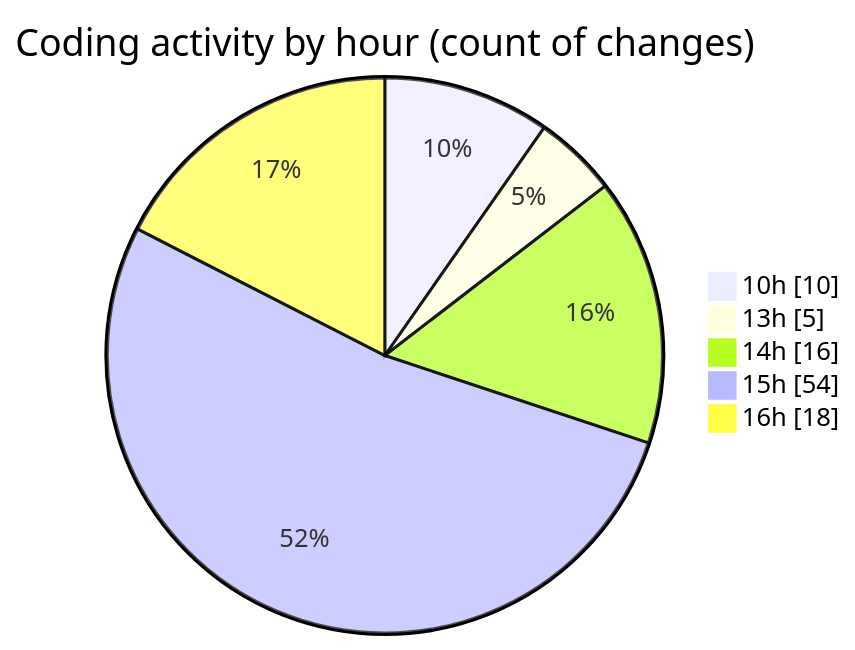
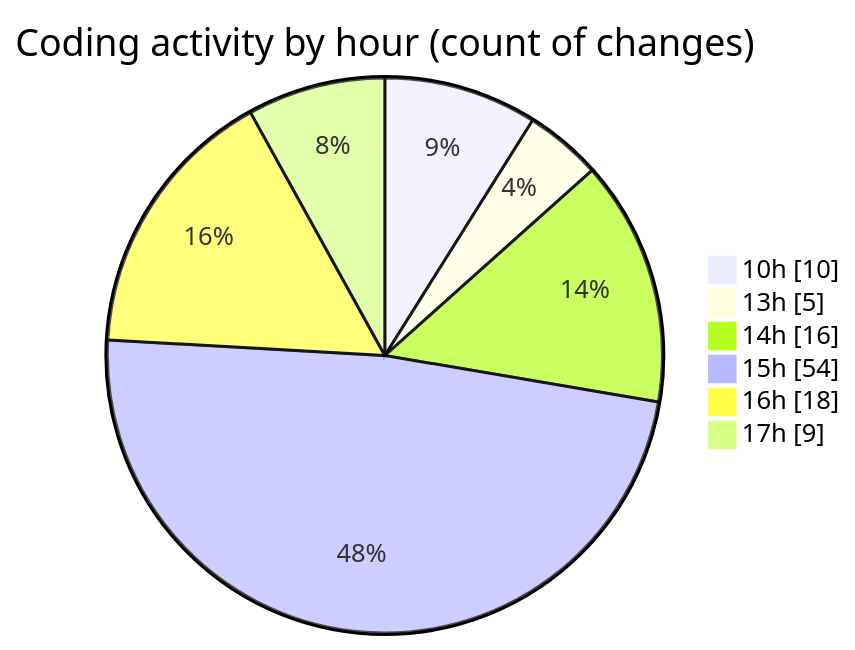
One commit to nxtqubesakshisongat/code-tracking changed the second of 2 diagrams in 2025-07-30/nxtqube_webapp/README.md. Above: the diagram before and after it, drawn with Mermaid. The commit also changed other lines of this file and 1 other file, not shown here.

````diff
--- a/2025-07-30/nxtqube_webapp/README.md
+++ b/2025-07-30/nxtqube_webapp/README.md
@@ -36,9 +37,10 @@
 ```mermaid
 pie showData
 title Coding activity by hour (count of changes)
 "10h" : 10
 "13h" : 5
 "14h" : 16
 "15h" : 54
 "16h" : 18
+"17h" : 9
 ```
````
